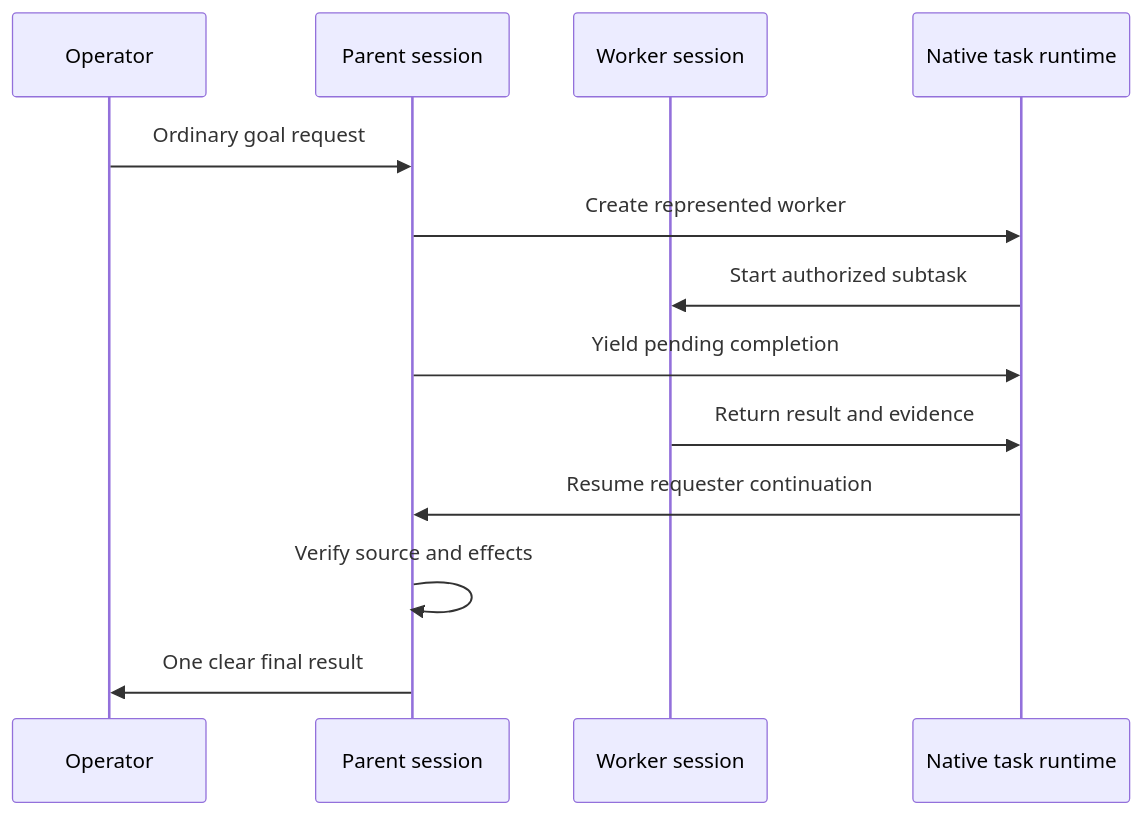
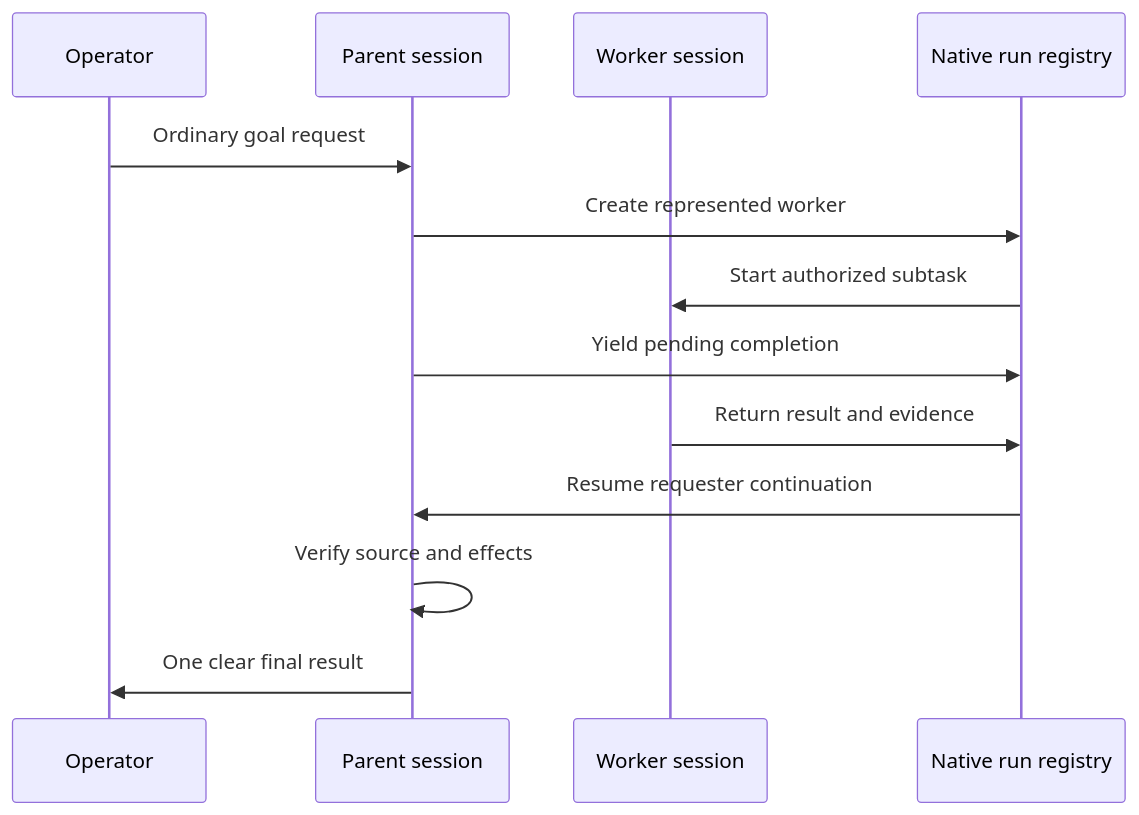
Before and after one commit to josephbergvinson/openclaw-control-plane: the diagram in diagrams/durable-lane.mmd, drawn with Mermaid. The commit also changed 84 other files, not shown here.

```diff
--- a/diagrams/durable-lane.mmd
+++ b/diagrams/durable-lane.mmd
@@ -1,13 +1,13 @@
 sequenceDiagram
     participant O as Operator
     participant P as Parent session
     participant W as Worker session
-    participant R as Native task runtime
+    participant R as Native run registry
     O->>P: Ordinary goal request
     P->>R: Create represented worker
     R->>W: Start authorized subtask
     P->>R: Yield pending completion
     W->>R: Return result and evidence
     R->>P: Resume requester continuation
     P->>P: Verify source and effects
     P->>O: One clear final result
```
